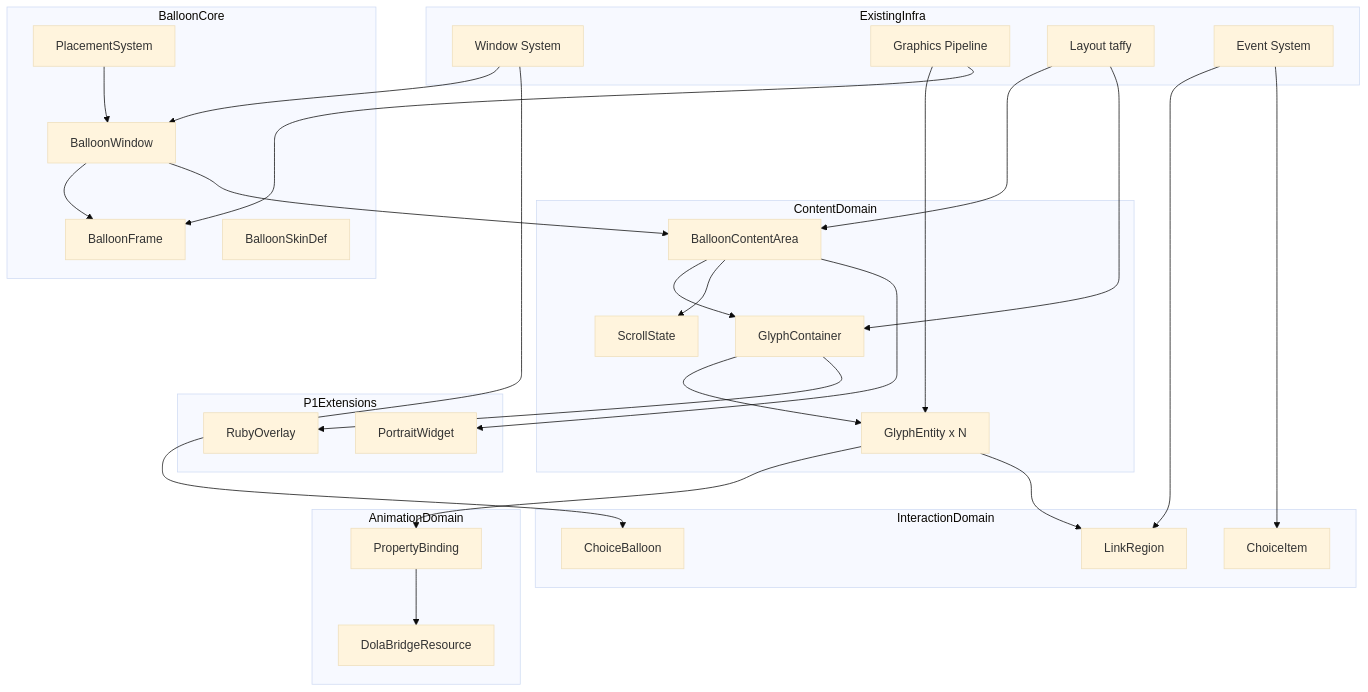
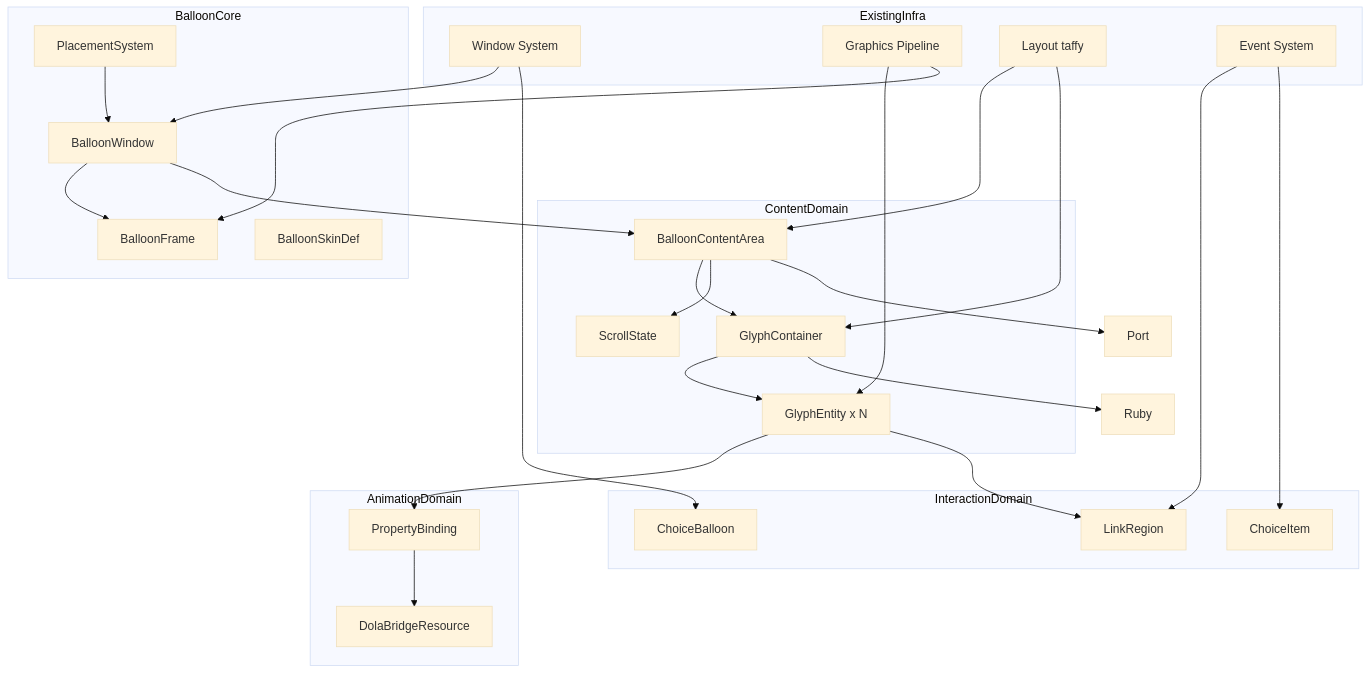
Before and after one commit to ekicyou/areka: the first of 5 diagrams in .kiro/specs/wintf-P0-balloon-system/design.md, drawn with Mermaid (base theme). The commit also changed other lines of this file and 1 other file, not shown here.

````diff
--- a/.kiro/specs/wintf-P0-balloon-system/design.md
+++ b/.kiro/specs/wintf-P0-balloon-system/design.md
@@ -54,61 +53,56 @@
 ```mermaid
 graph TB
     subgraph ExistingInfra
         WinSys[Window System]
         GfxPipe[Graphics Pipeline]
         LayoutSys[Layout taffy]
         EventSys[Event System]
     end
 
     subgraph BalloonCore
         BW[BalloonWindow]
         BF[BalloonFrame]
         BSkin[BalloonSkinDef]
         BPlace[PlacementSystem]
     end
 
     subgraph ContentDomain
         BCA[BalloonContentArea]
         GC[GlyphContainer]
         GE[GlyphEntity x N]
         Scroll[ScrollState]
     end
 
     subgraph InteractionDomain
         CB[ChoiceBalloon]
         CI[ChoiceItem]
         LR[LinkRegion]
     end
 
     subgraph AnimationDomain
         DB[DolaBridgeResource]
         PB[PropertyBinding]
     end
 
-    subgraph P1Extensions
-        Ruby[RubyOverlay]
-        Port[PortraitWidget]
-    end
-
     WinSys --> BW
     WinSys --> CB
     GfxPipe --> GE
     GfxPipe --> BF
     LayoutSys --> BCA
     LayoutSys --> GC
     EventSys --> LR
     EventSys --> CI
 
     BW --> BF
     BW --> BCA
     BCA --> GC
     BCA --> Scroll
     GC --> GE
     GE --> PB
     PB --> DB
     GE --> LR
     BCA --> Port
     GC --> Ruby
 
     BPlace --> BW
 ```
````
